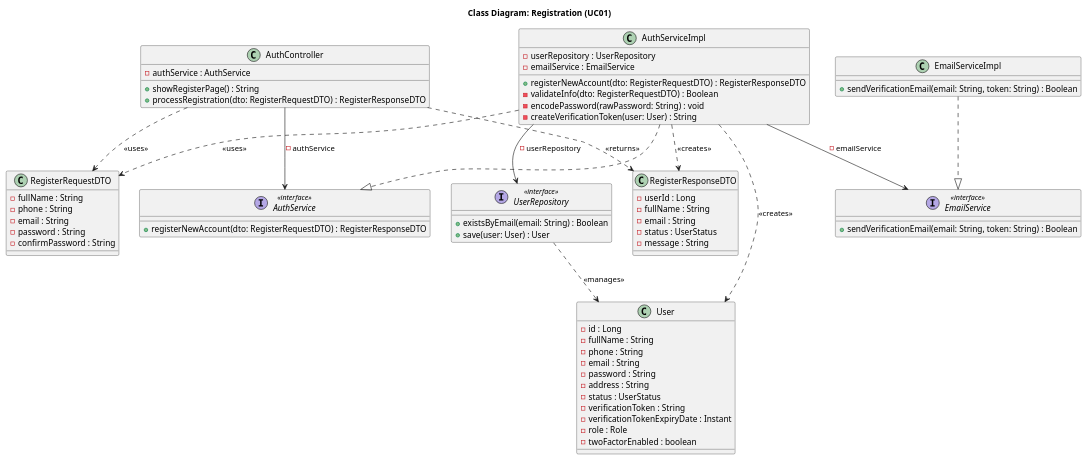
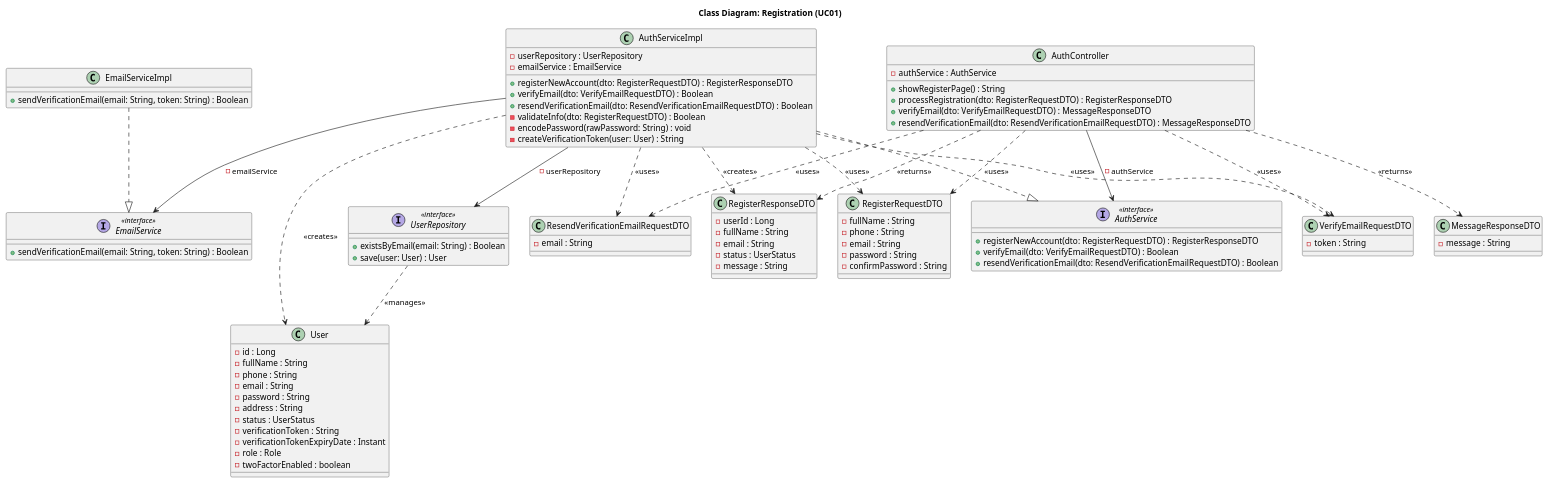
Before and after one commit to Peterdir/fashion-store-system: the diagram in src/main/java/org/example/fashionstoresystem/uml/Class/CD01_Registration.puml, drawn with PlantUML. The commit also changed 37 other files, not shown here.

```diff
--- a/src/main/java/org/example/fashionstoresystem/uml/Class/CD01_Registration.puml
+++ b/src/main/java/org/example/fashionstoresystem/uml/Class/CD01_Registration.puml
@@ -1,95 +1,119 @@
 @startuml
 title Class Diagram: Registration (UC01)
 
 ' Controller
 
 class AuthController {
     - authService : AuthService
     + showRegisterPage() : String
     + processRegistration(dto: RegisterRequestDTO) : RegisterResponseDTO
+    + verifyEmail(dto: VerifyEmailRequestDTO) : MessageResponseDTO
+    + resendVerificationEmail(dto: ResendVerificationEmailRequestDTO) : MessageResponseDTO
 }
 
 'Service
 
 interface AuthService <<interface>> {
     + registerNewAccount(dto: RegisterRequestDTO) : RegisterResponseDTO
+    + verifyEmail(dto: VerifyEmailRequestDTO) : Boolean
+    + resendVerificationEmail(dto: ResendVerificationEmailRequestDTO) : Boolean
 }
 
 class AuthServiceImpl {
     - userRepository : UserRepository
     - emailService : EmailService
     + registerNewAccount(dto: RegisterRequestDTO) : RegisterResponseDTO
+    + verifyEmail(dto: VerifyEmailRequestDTO) : Boolean
+    + resendVerificationEmail(dto: ResendVerificationEmailRequestDTO) : Boolean
     - validateInfo(dto: RegisterRequestDTO) : Boolean
     - encodePassword(rawPassword: String) : void
     - createVerificationToken(user: User) : String
 }
 
 interface EmailService <<interface>> {
     + sendVerificationEmail(email: String, token: String) : Boolean
 }
 
 class EmailServiceImpl {
     + sendVerificationEmail(email: String, token: String) : Boolean
 }
 
 ' Repository
 
 interface UserRepository <<interface>> {
     + existsByEmail(email: String) : Boolean
     + save(user: User) : User
 }
 
 
 ' DTO
 
 class RegisterRequestDTO {
     - fullName : String
     - phone : String
     - email : String
     - password : String
     - confirmPassword : String
 }
 
 class RegisterResponseDTO {
     - userId : Long
     - fullName : String
     - email : String
     - status : UserStatus
     - message : String
 }
 
+class VerifyEmailRequestDTO {
+    - token : String
+}
+
+class ResendVerificationEmailRequestDTO {
+    - email : String
+}
+
+class MessageResponseDTO {
+    - message : String
+}
+
 ' Entity
 
 class User {
     - id : Long
     - fullName : String
     - phone : String
     - email : String
     - password : String
     - address : String
     - status : UserStatus
     - verificationToken : String
     - verificationTokenExpiryDate : Instant
     - role : Role
     - twoFactorEnabled : boolean
 }
 
 ' Relationships
 
 ' Class implement Interface
 AuthServiceImpl ..|> AuthService
 EmailServiceImpl ..|> EmailService
 
 ' Dependency Injection
 AuthController --> AuthService : - authService
 AuthServiceImpl --> UserRepository : - userRepository
 AuthServiceImpl --> EmailService : - emailService
 
 ' Object Usage
 AuthController ..> RegisterRequestDTO : <<uses>>
 AuthController ..> RegisterResponseDTO : <<returns>>
+AuthController ..> VerifyEmailRequestDTO : <<uses>>
+AuthController ..> ResendVerificationEmailRequestDTO : <<uses>>
+AuthController ..> MessageResponseDTO : <<returns>>
+
 AuthServiceImpl ..> RegisterRequestDTO : <<uses>>
 AuthServiceImpl ..> RegisterResponseDTO : <<creates>>
+AuthServiceImpl ..> VerifyEmailRequestDTO : <<uses>>
+AuthServiceImpl ..> ResendVerificationEmailRequestDTO : <<uses>>
 AuthServiceImpl ..> User : <<creates>>
 UserRepository ..> User : <<manages>>
 @enduml
```
